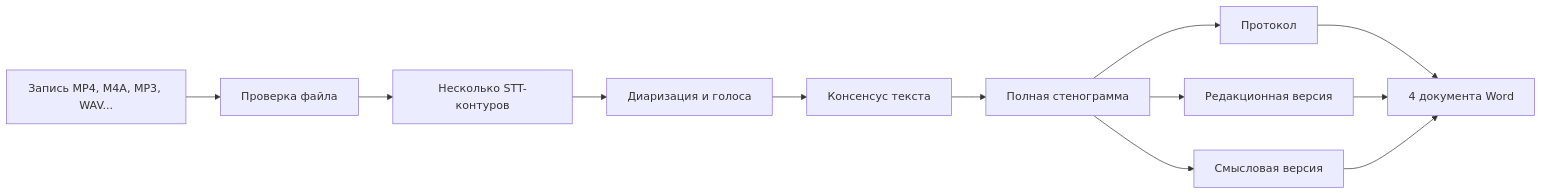
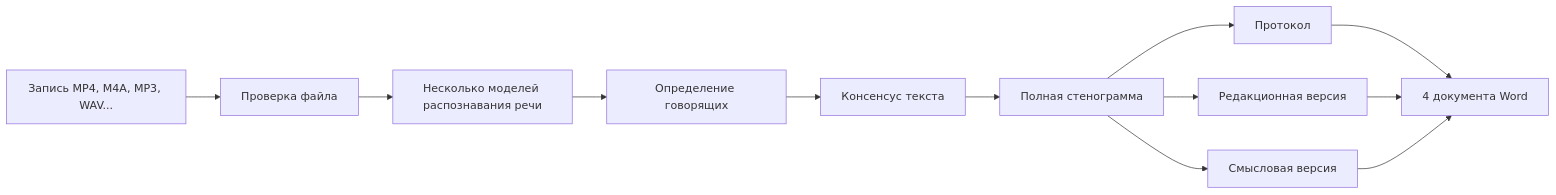
Before and after one commit to test1card/meeting-transcriber: the diagram in README.md, drawn with Mermaid. The commit also changed other lines of this file and 29 other files, not shown here.

````diff
--- a/README.md
+++ b/README.md
@@ -89,14 +89,14 @@
 ```mermaid
 flowchart LR
     A[Запись MP4, M4A, MP3, WAV...] --> B[Проверка файла]
-    B --> C[Несколько STT-контуров]
-    C --> D[Диаризация и голоса]
+    B --> C[Несколько моделей распознавания речи]
+    C --> D[Определение говорящих]
     D --> E[Консенсус текста]
     E --> F[Полная стенограмма]
     F --> G[Протокол]
     F --> H[Редакционная версия]
     F --> I[Смысловая версия]
     G --> J[4 документа Word]
     H --> J
     I --> J
 ```
````
